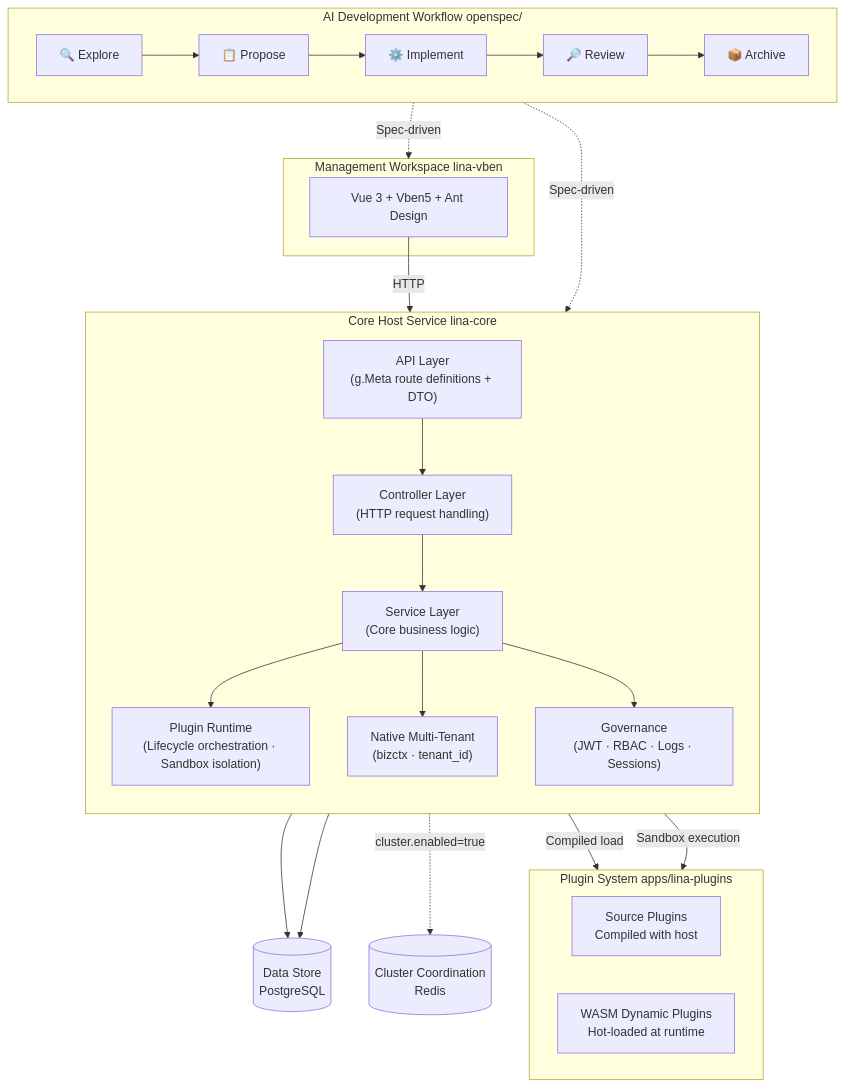
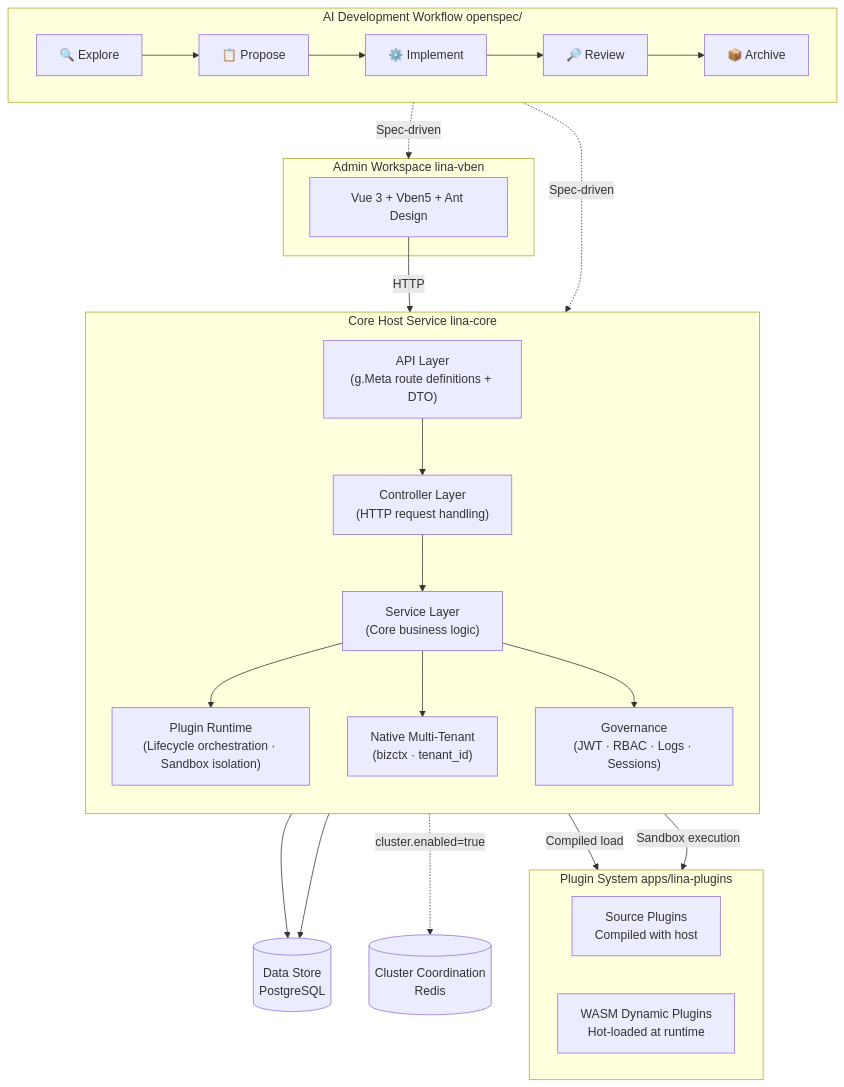
Before and after one commit to linaproai/linapro-site: the diagram in apps/lina-site/i18n/en/docusaurus-plugin-content-docs/current/quick/1000-overview.md, drawn with Mermaid. The commit also changed other lines of this file and 21 other files, not shown here.

First line of the commit message:
refactor: update terminology from "management workspace" to "admin workspace" across documentation and codebase

````diff
--- a/apps/lina-site/i18n/en/docusaurus-plugin-content-docs/current/quick/1000-overview.md
+++ b/apps/lina-site/i18n/en/docusaurus-plugin-content-docs/current/quick/1000-overview.md
@@ -84,43 +84,43 @@
 ```mermaid
 graph TB
     subgraph Workflow["AI Development Workflow  openspec/"]
         direction LR
         Explore["🔍 Explore"] --> Propose["📋 Propose"] --> Implement["⚙️ Implement"] --> Review["🔎 Review"] --> Archive["📦 Archive"]
     end
 
-    subgraph Frontend["Management Workspace  lina-vben"]
+    subgraph Frontend["Admin Workspace  lina-vben"]
         UI["Vue 3 + Vben5 + Ant Design"]
     end
 
     subgraph Host["Core Host Service  lina-core"]
         direction TB
         API["API Layer\n(g.Meta route definitions + DTO)"]
         Ctrl["Controller Layer\n(HTTP request handling)"]
         Svc["Service Layer\n(Core business logic)"]
         Plugin["Plugin Runtime\n(Lifecycle orchestration · Sandbox isolation)"]
         Tenant["Native Multi-Tenant\n(bizctx · tenant_id)"]
         Gov["Governance\n(JWT · RBAC · Logs · Sessions)"]
         API --> Ctrl --> Svc
         Svc --> Plugin
         Svc --> Tenant
         Svc --> Gov
     end
 
     subgraph Plugins["Plugin System  apps/lina-plugins"]
         direction LR
         Source["Source Plugins\nCompiled with host"]
         Dynamic["WASM Dynamic Plugins\nHot-loaded at runtime"]
     end
 
     DB[("Data Store\nPostgreSQL")]
     Redis[("Cluster Coordination\nRedis")]
 
     Workflow -.->|Spec-driven| Frontend
     Workflow -.->|Spec-driven| Host
     UI -->|HTTP| API
     Plugin -->|Compiled load| Source
     Plugin -->|Sandbox execution| Dynamic
     Svc --> DB
     Gov --> DB
     Svc -.->|cluster.enabled=true| Redis
 ```
````
